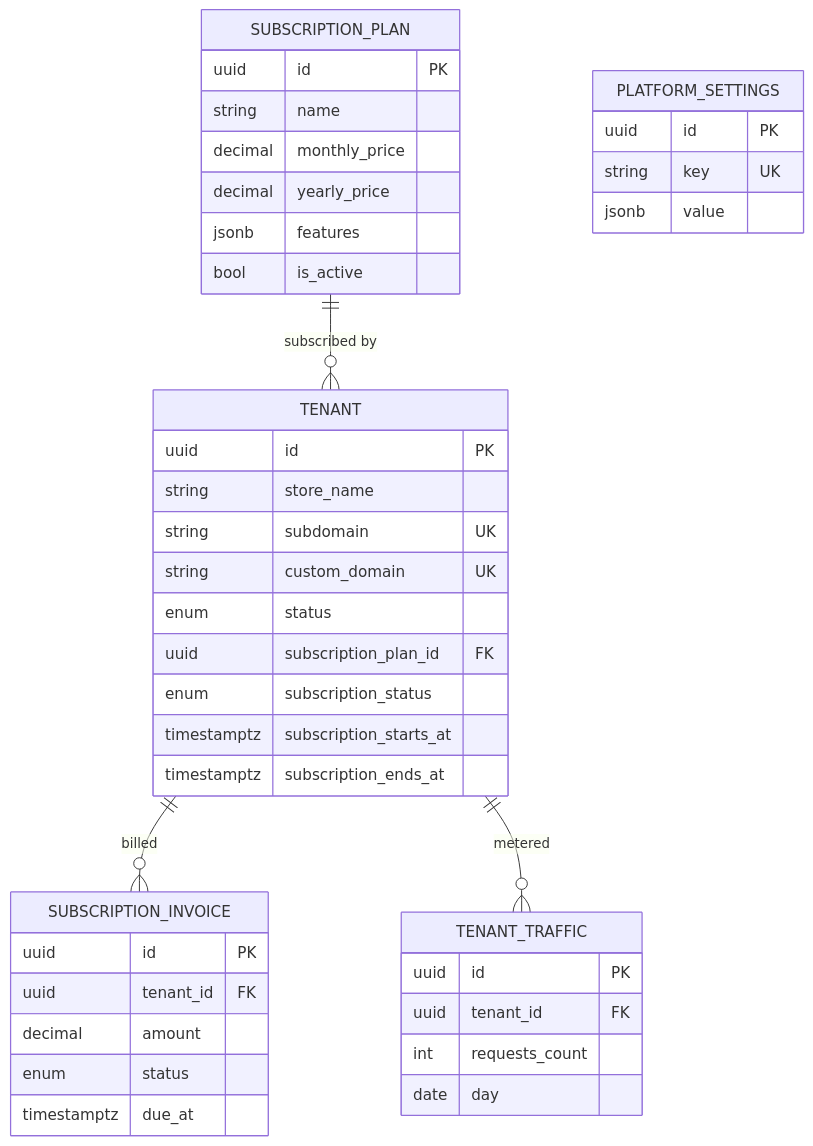
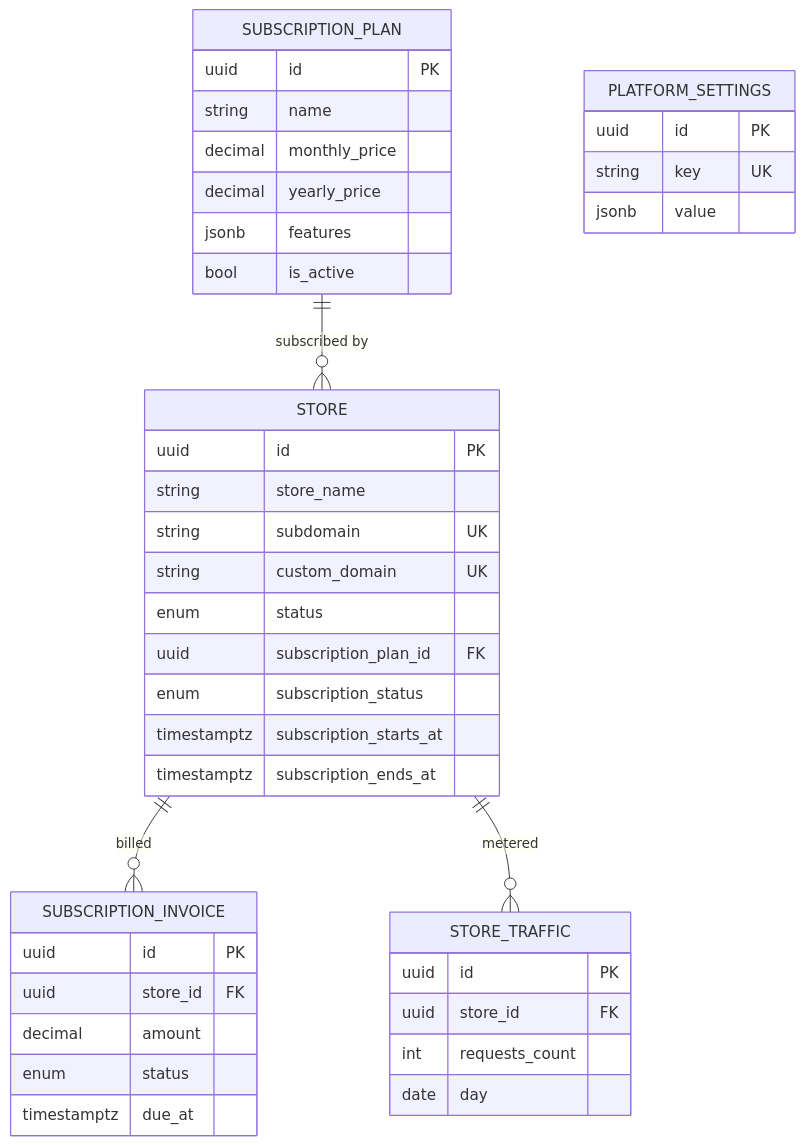
One commit to gowtamkumar/eCommerce-multi-store-saas-erp changed the second of 14 diagrams in doc/system-design/erp_master_database_design.md. Above: the diagram before and after it, drawn with Mermaid. The commit also changed other lines of this file and 764 other files, not shown here.

````diff
--- a/doc/system-design/erp_master_database_design.md
+++ b/doc/system-design/erp_master_database_design.md
@@ -261,44 +261,44 @@
 ```mermaid
 erDiagram
-  TENANT {
+  STORE {
     uuid id PK
     string store_name
     string subdomain UK
     string custom_domain UK
     enum status
     uuid subscription_plan_id FK
     enum subscription_status
     timestamptz subscription_starts_at
     timestamptz subscription_ends_at
   }
   SUBSCRIPTION_PLAN {
     uuid id PK
     string name
     decimal monthly_price
     decimal yearly_price
     jsonb features
     bool is_active
   }
   SUBSCRIPTION_INVOICE {
     uuid id PK
-    uuid tenant_id FK
+    uuid store_id FK
     decimal amount
     enum status
     timestamptz due_at
   }
   PLATFORM_SETTINGS {
     uuid id PK
     string key UK
     jsonb value
   }
-  TENANT_TRAFFIC {
+  STORE_TRAFFIC {
     uuid id PK
-    uuid tenant_id FK
+    uuid store_id FK
     int requests_count
     date day
   }
 
-  SUBSCRIPTION_PLAN ||--o{ TENANT             : "subscribed by"
-  TENANT ||--o{ SUBSCRIPTION_INVOICE          : "billed"
-  TENANT ||--o{ TENANT_TRAFFIC                : "metered"
+  SUBSCRIPTION_PLAN ||--o{ STORE             : "subscribed by"
+  STORE ||--o{ SUBSCRIPTION_INVOICE          : "billed"
+  STORE ||--o{ STORE_TRAFFIC                : "metered"
 ```
````
